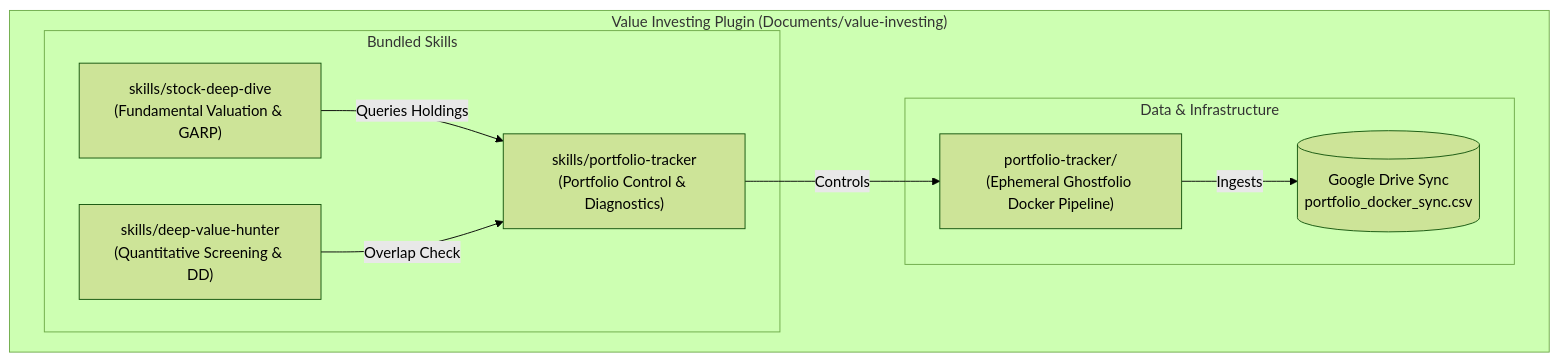
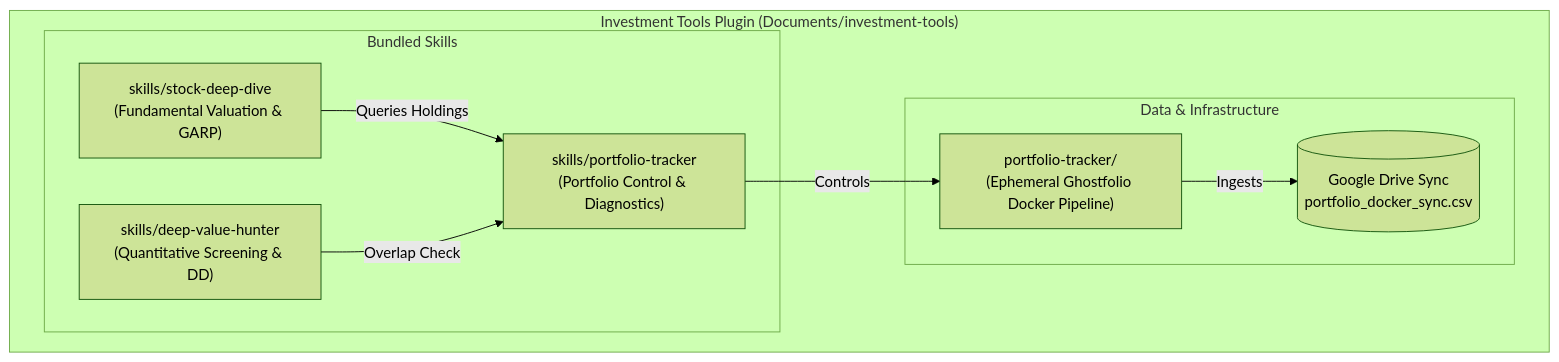
Before and after one commit to hisaur/investment-tools: the diagram in README.md, drawn with Mermaid (forest theme). The commit also changed other lines of this file and 2 other files, not shown here.

Commit message:
chore: rename plugin and repository to investment-tools

````diff
--- a/README.md
+++ b/README.md
@@ -9,19 +9,19 @@
 ```mermaid
 flowchart TD
-    subgraph Plugin["Value Investing Plugin (Documents/value-investing)"]
+    subgraph Plugin["Investment Tools Plugin (Documents/investment-tools)"]
         subgraph Skills["Bundled Skills"]
             S1["skills/stock-deep-dive<br/>(Fundamental Valuation & GARP)"]
             S2["skills/deep-value-hunter<br/>(Quantitative Screening & DD)"]
             S3["skills/portfolio-tracker<br/>(Portfolio Control & Diagnostics)"]
         end
         subgraph Infra["Data & Infrastructure"]
             P1["portfolio-tracker/<br/>(Ephemeral Ghostfolio Docker Pipeline)"]
             G1[("Google Drive Sync<br/>portfolio_docker_sync.csv")]
         end
     end
 
     S1 -->|Queries Holdings| S3
     S2 -->|Overlap Check| S3
     S3 -->|Controls| P1
     P1 -->|Ingests| G1
 ```
````
